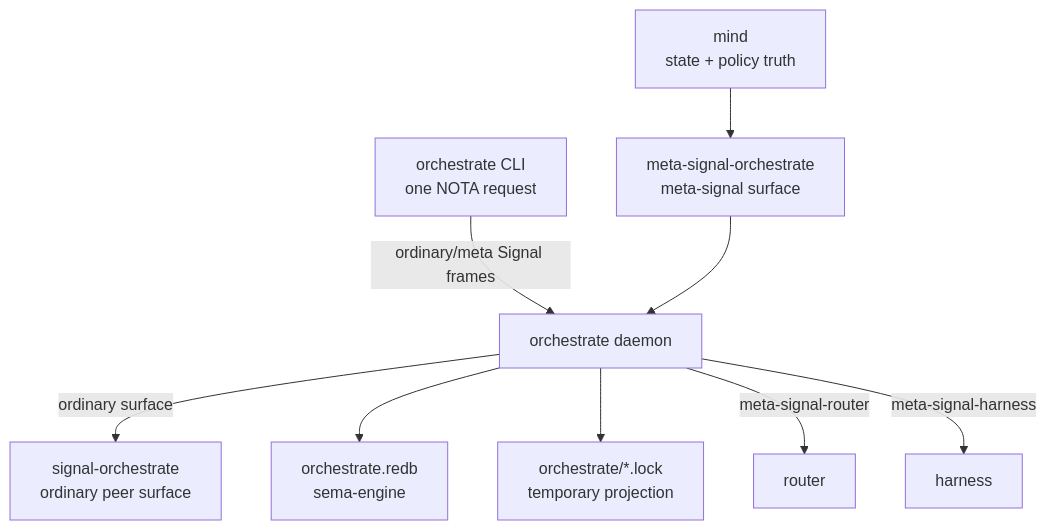
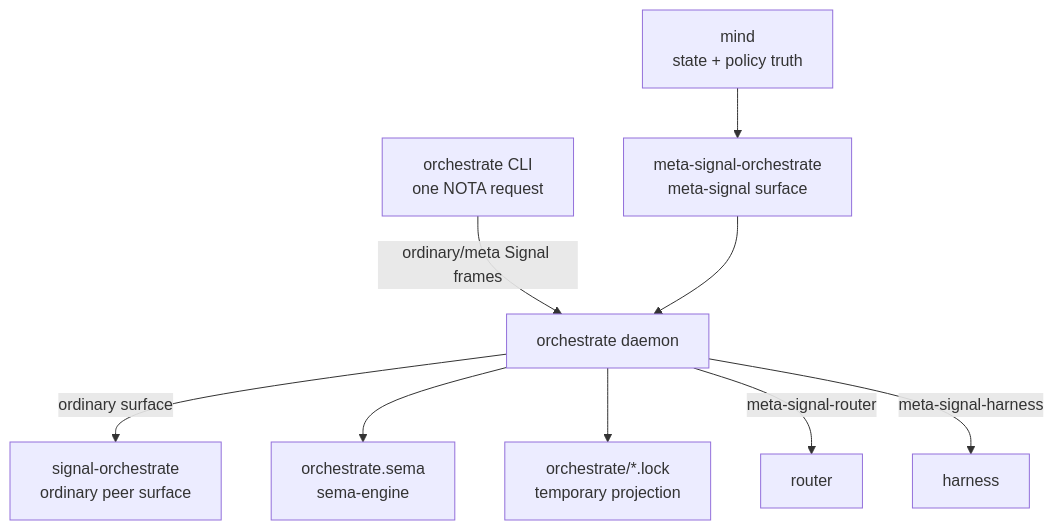
Before and after one commit to LiGoldragon/orchestrate: the diagram in ARCHITECTURE.md, drawn with Mermaid. The commit also changed other lines of this file and 10 other files, not shown here.

Commit message:
orchestrate: refresh runtime stack and sema store naming

````diff
--- a/ARCHITECTURE.md
+++ b/ARCHITECTURE.md
@@ -71,21 +71,21 @@
 ```mermaid
 flowchart TB
     mind["mind<br/>state + policy truth"]
     cli["orchestrate CLI<br/>one NOTA request"]
     daemon["orchestrate daemon"]
     ordinary["signal-orchestrate<br/>ordinary peer surface"]
     owner["meta-signal-orchestrate<br/>meta-signal surface"]
-    store["orchestrate.redb<br/>sema-engine"]
+    store["orchestrate.sema<br/>sema-engine"]
     router["router"]
     harness["harness"]
     locks["orchestrate/*.lock<br/>temporary projection"]
 
     cli -- "ordinary/meta Signal frames" --> daemon
     daemon -- "ordinary surface" --> ordinary
     mind --> owner
     owner --> daemon
     daemon --> store
     daemon --> locks
     daemon -- "meta-signal-router" --> router
     daemon -- "meta-signal-harness" --> harness
 ```
````
